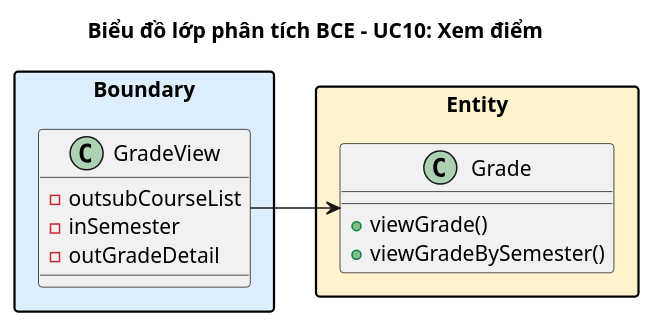
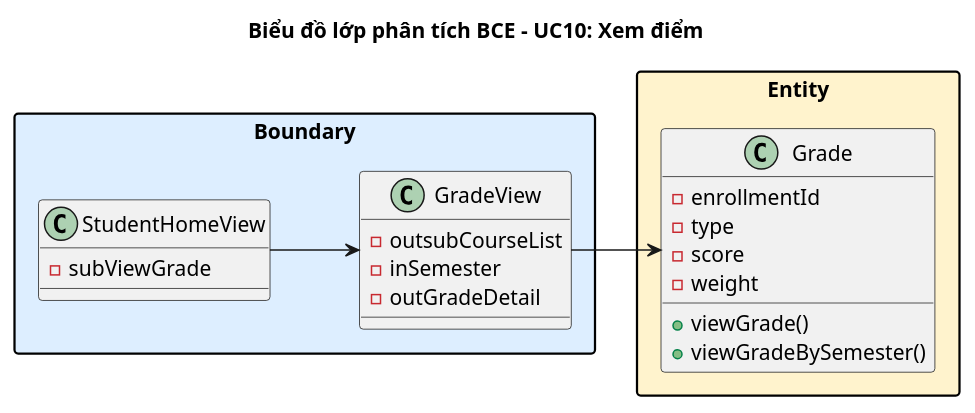
Before and after one commit to thanhtrnnn/universe: the eighth of 20 diagrams in report/md/module3_attendance_grades.md, drawn with PlantUML. The commit also changed other lines of this file and 1 other file, not shown here.

Commit message:
docs(module3): add HomeView entry points, full attribute lists, and entity attribute justification in BCE narratives

````diff
--- a/report/md/module3_attendance_grades.md
+++ b/report/md/module3_attendance_grades.md
@@ -399,25 +428,33 @@
 ```plantuml
 @startuml
 left to right direction
 skinparam linetype ortho
 skinparam packageStyle rectangle
 title Biểu đồ lớp phân tích BCE – UC10: Xem điểm
 
 package "Boundary" #DDEEFF {
+  class StudentHomeView {
+    -subViewGrade
+  }
   class GradeView {
     -outsubCourseList
     -inSemester
     -outGradeDetail
   }
 }
 
 package "Entity" #FFF3CD {
   class Grade {
+    -enrollmentId
+    -type
+    -score
+    -weight
     +viewGrade()
     +viewGradeBySemester()
   }
 }
 
+StudentHomeView --> GradeView
 GradeView --> Grade
 @enduml
 ```
````
